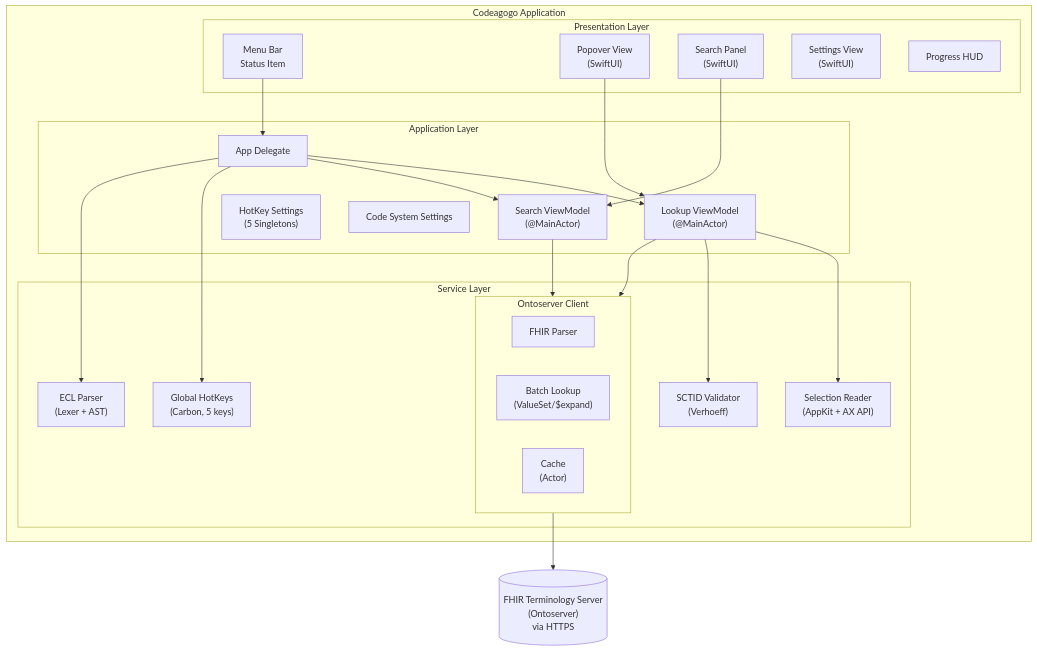
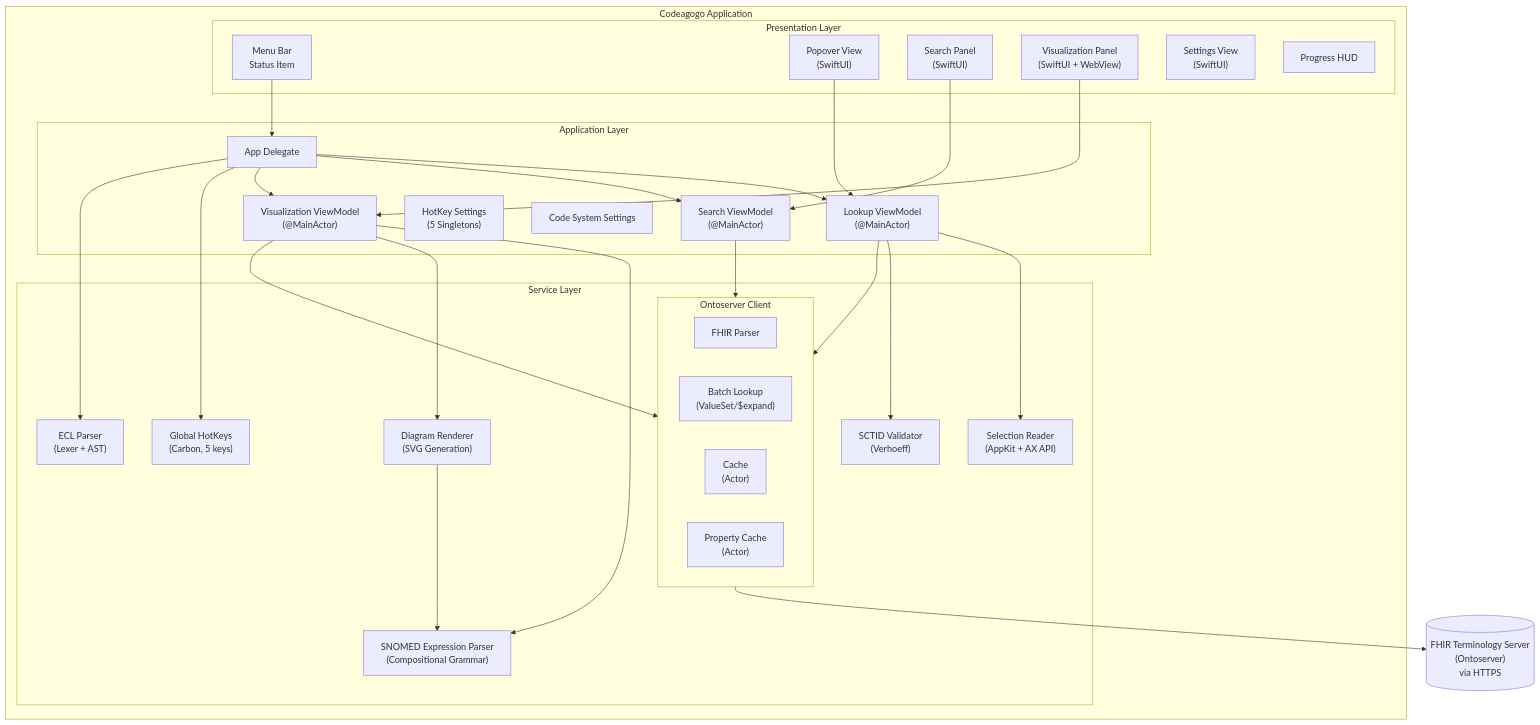
One commit to aehrc/codeagogo changed the first of 4 diagrams in ARCHITECTURE.md. Above: the diagram before and after it, drawn with Mermaid. The commit also changed other lines of this file and 1 other file, not shown here.

First line of the commit message:
docs: update README and ARCHITECTURE for visualization feature

````diff
--- a/ARCHITECTURE.md
+++ b/ARCHITECTURE.md
@@ -45,47 +45,58 @@
 ```mermaid
 flowchart TB
     subgraph App["Codeagogo Application"]
         subgraph Presentation["Presentation Layer"]
             MenuBar["Menu Bar<br/>Status Item"]
             Popover["Popover View<br/>(SwiftUI)"]
             SearchPanel["Search Panel<br/>(SwiftUI)"]
+            VisualizationPanel["Visualization Panel<br/>(SwiftUI + WebView)"]
             Settings["Settings View<br/>(SwiftUI)"]
             ProgressHUD["Progress HUD"]
         end
 
         subgraph Application["Application Layer"]
             AppDelegate["App Delegate"]
             LookupVM["Lookup ViewModel<br/>(@MainActor)"]
             SearchVM["Search ViewModel<br/>(@MainActor)"]
+            VisualizationVM["Visualization ViewModel<br/>(@MainActor)"]
             HotKeySettings["HotKey Settings<br/>(5 Singletons)"]
             CodeSystemSettings["Code System Settings"]
         end
 
         subgraph Service["Service Layer"]
             GlobalHotKey["Global HotKeys<br/>(Carbon, 5 keys)"]
             SelectionReader["Selection Reader<br/>(AppKit + AX API)"]
             ECLParser["ECL Parser<br/>(Lexer + AST)"]
             SCTIDValidator["SCTID Validator<br/>(Verhoeff)"]
+            SNOMEDParser["SNOMED Expression Parser<br/>(Compositional Grammar)"]
+            DiagramRenderer["Diagram Renderer<br/>(SVG Generation)"]
             subgraph OntoClient["Ontoserver Client"]
                 FHIRParser["FHIR Parser"]
                 BatchLookup["Batch Lookup<br/>(ValueSet/$expand)"]
                 Cache["Cache<br/>(Actor)"]
+                PropertyCache["Property Cache<br/>(Actor)"]
             end
         end
     end
 
     Server[("FHIR Terminology Server<br/>(Ontoserver)<br/>via HTTPS")]
 
     MenuBar --> AppDelegate
     Popover --> LookupVM
     SearchPanel --> SearchVM
+    VisualizationPanel --> VisualizationVM
     AppDelegate --> LookupVM
     AppDelegate --> SearchVM
+    AppDelegate --> VisualizationVM
     AppDelegate --> GlobalHotKey
     LookupVM --> SelectionReader
     LookupVM --> OntoClient
     SearchVM --> OntoClient
+    VisualizationVM --> OntoClient
+    VisualizationVM --> SNOMEDParser
+    VisualizationVM --> DiagramRenderer
+    DiagramRenderer --> SNOMEDParser
     AppDelegate --> ECLParser
     LookupVM --> SCTIDValidator
     OntoClient --> Server
 ```
````
